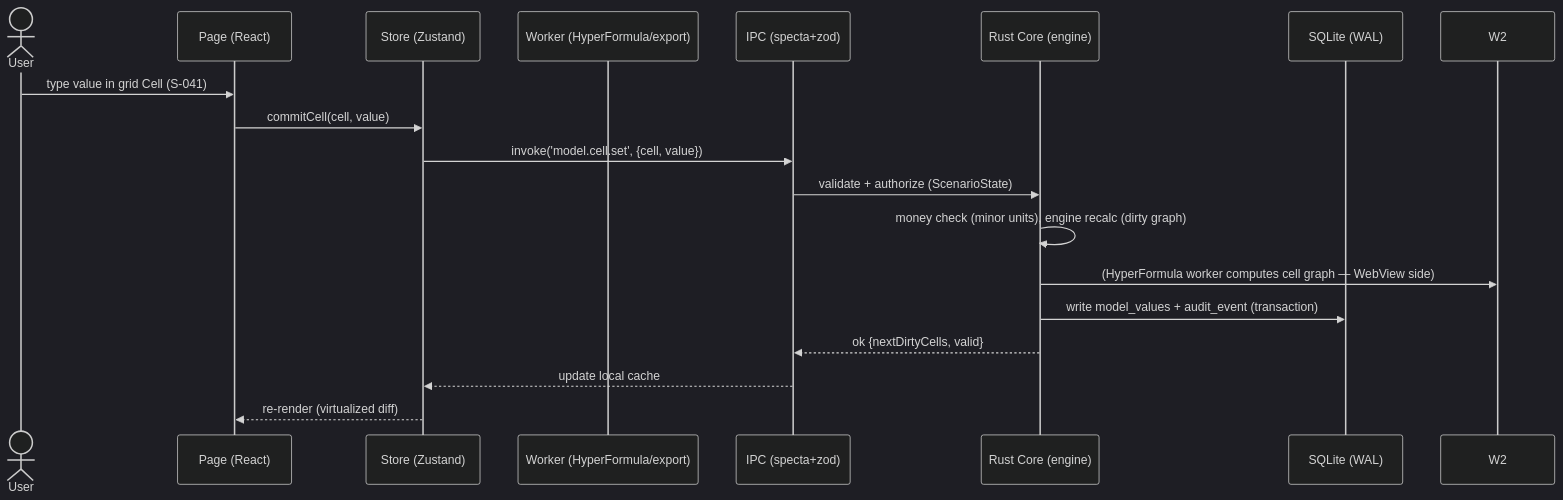
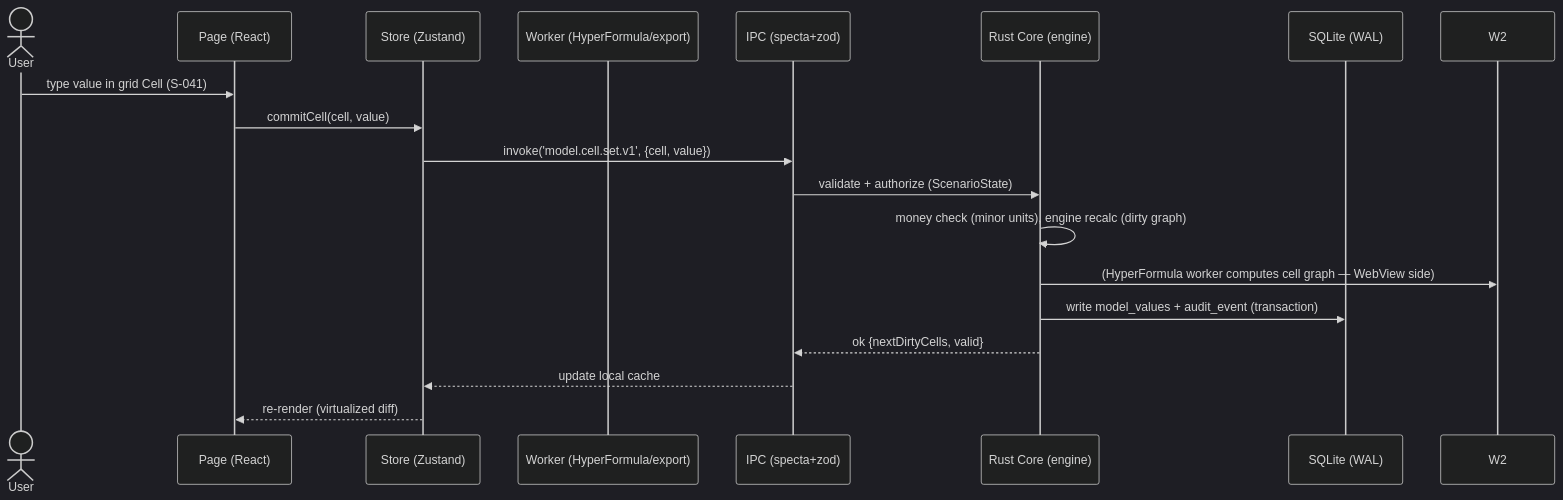
Before and after one commit to Warzonesiddiki/fpa: the second of 2 diagrams in docs/ARCHITECTURE.md, drawn with Mermaid (dark theme). The commit also changed other lines of this file and 37 other files, not shown here.

````diff
--- a/docs/ARCHITECTURE.md
+++ b/docs/ARCHITECTURE.md
@@ -115,20 +115,20 @@
 ```mermaid
 sequenceDiagram
     actor U as User
     participant P as Page (React)
     participant S as Store (Zustand)
     participant W as Worker (HyperFormula/export)
     participant C as IPC (specta+zod)
     participant R as Rust Core (engine)
     participant D as SQLite (WAL)
     U->>P: type value in grid Cell (S-041)
     P->>S: commitCell(cell, value)
-    S->>C: invoke('model.cell.set', {cell, value})
+    S->>C: invoke('model.cell.set.v1', {cell, value})
     C->>R: validate + authorize (ScenarioState)
     R->>R: money check (minor units), engine recalc (dirty graph)
     R->>W2: (HyperFormula worker computes cell graph — WebView side)
     R->>D: write model_values + audit_event (transaction)
     R-->>C: ok {nextDirtyCells, valid}
     C-->>S: update local cache
     S-->>P: re-render (virtualized diff)
 ```
````
